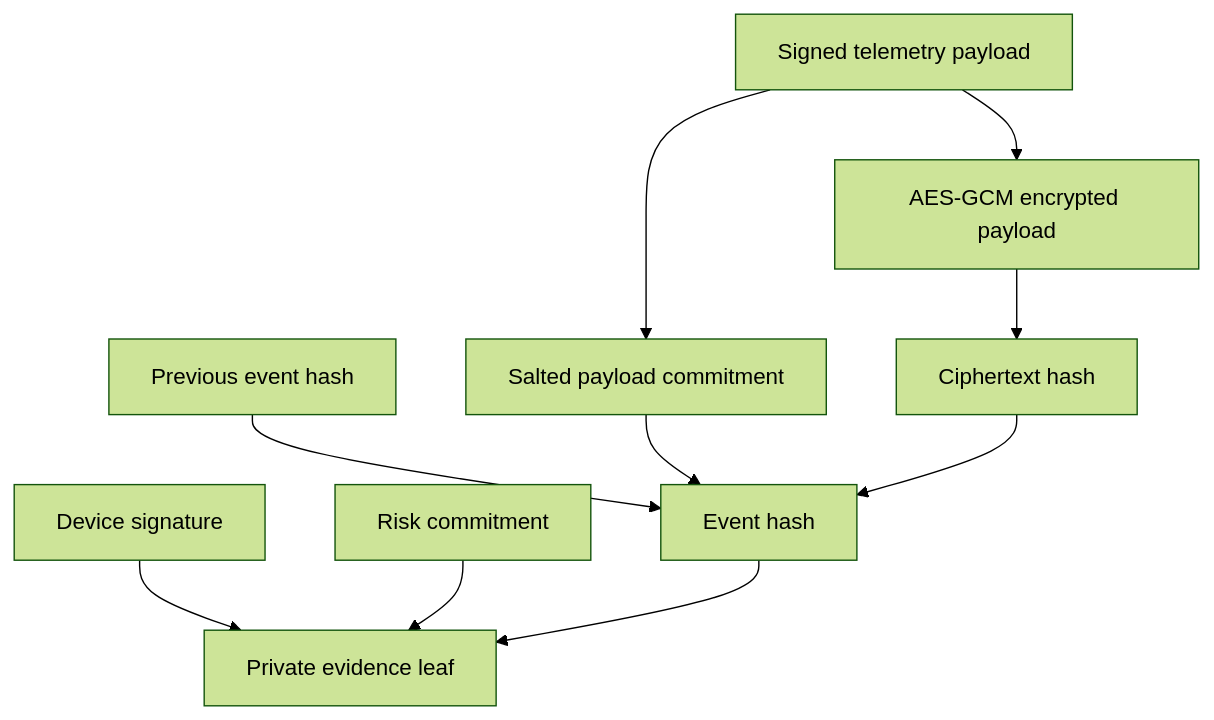
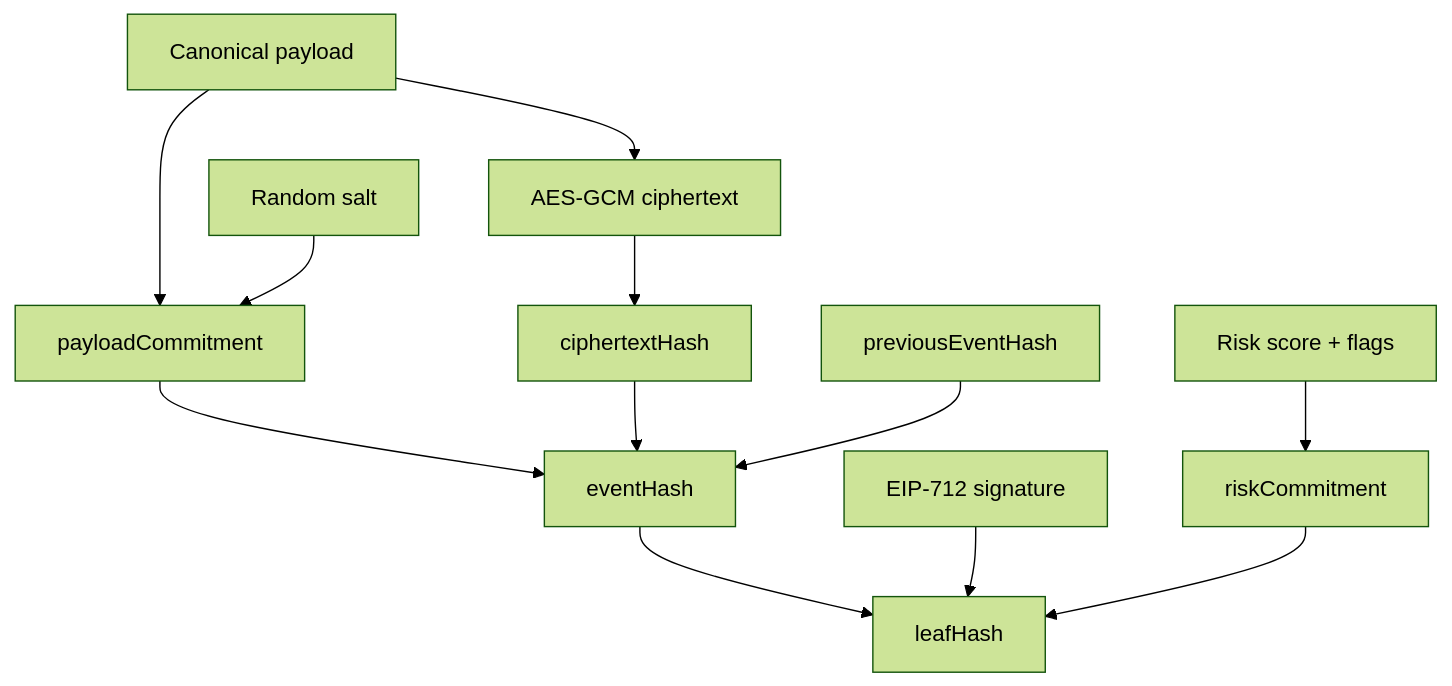
Before and after one commit to roshaninfordham/monad-sentinel: the third of 6 diagrams in docs/protocol.md, drawn with Mermaid (forest theme). The commit also changed other lines of this file and 22 other files, not shown here.

Commit message:
docs: refresh architecture docs and screenshots

````diff
--- a/docs/protocol.md
+++ b/docs/protocol.md
@@ -110,12 +152,21 @@
 ```mermaid
 flowchart TB
-  P[Signed telemetry payload] --> PC[Salted payload commitment]
-  P --> ENC[AES-GCM encrypted payload]
-  ENC --> CH[Ciphertext hash]
-  Prev[Previous event hash] --> EH[Event hash]
-  PC --> EH
-  CH --> EH
-  Sig[Device signature] --> Leaf[Private evidence leaf]
-  Risk[Risk commitment] --> Leaf
-  EH --> Leaf
+  Payload[Canonical payload]
+  Salt[Random salt]
+  Cipher[AES-GCM ciphertext]
+  Prev[previousEventHash]
+  Sig[EIP-712 signature]
+  Risk[Risk score + flags]
+
+  Payload --> PayloadCommit[payloadCommitment]
+  Salt --> PayloadCommit
+  Payload --> Cipher
+  Cipher --> CipherHash[ciphertextHash]
+  PayloadCommit --> EventHash[eventHash]
+  CipherHash --> EventHash
+  Prev --> EventHash
+  Risk --> RiskCommit[riskCommitment]
+  EventHash --> Leaf[leafHash]
+  Sig --> Leaf
+  RiskCommit --> Leaf
 ```
````
